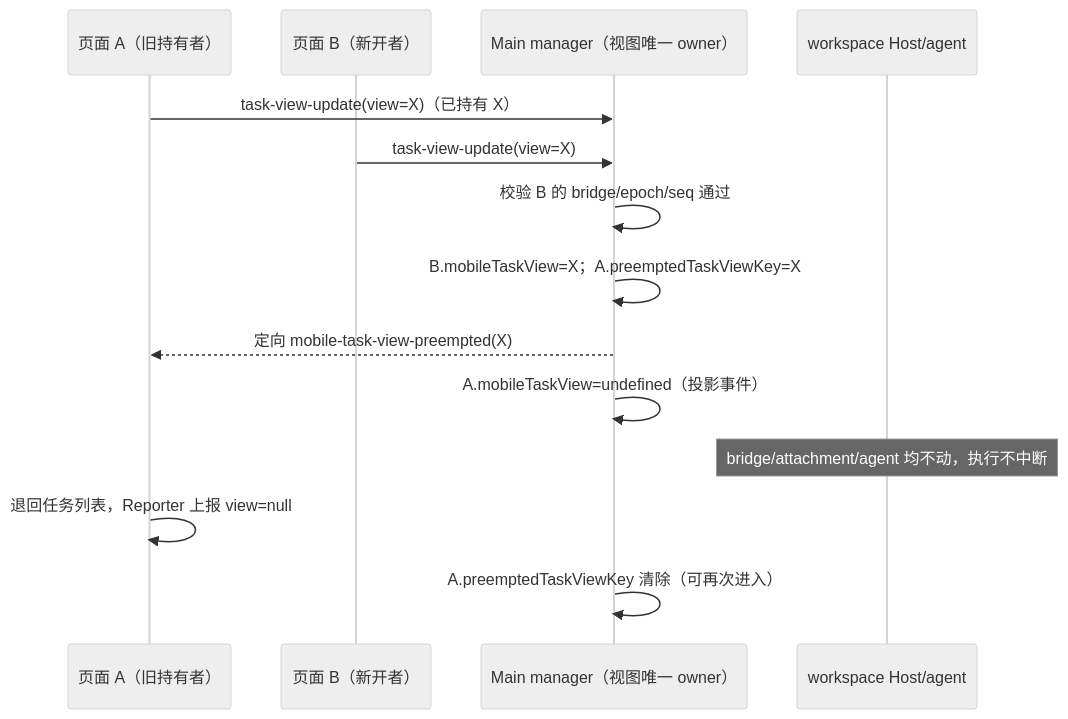
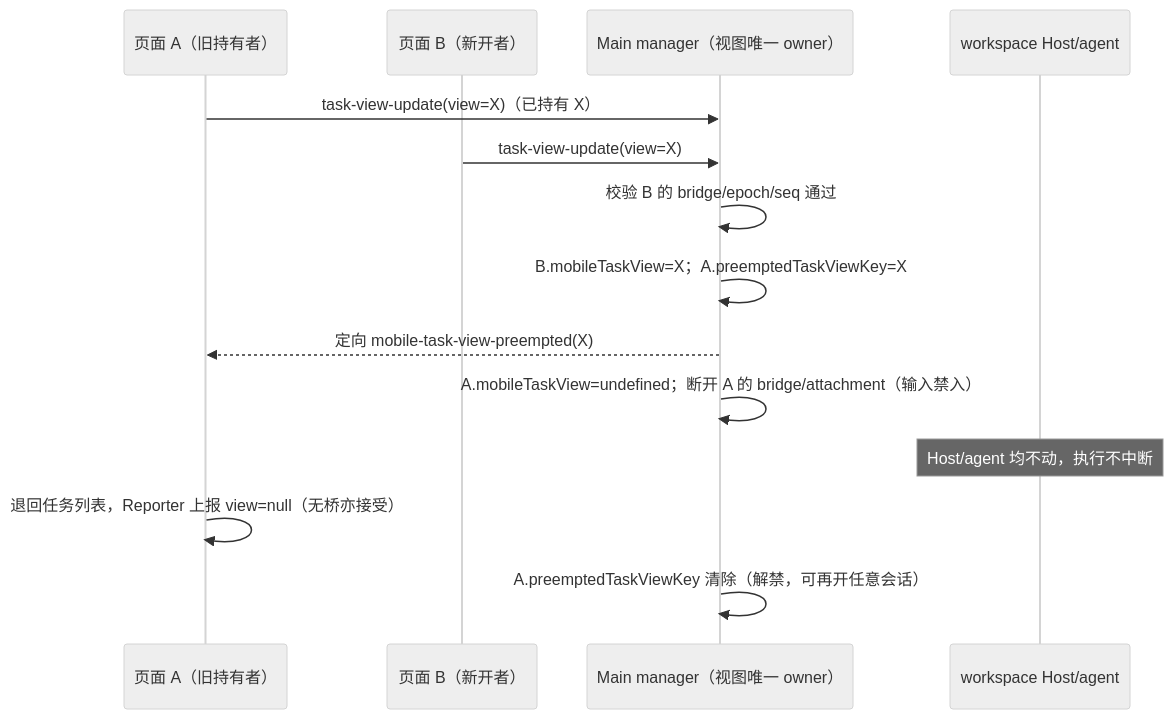
Before and after one commit to liangkw16/ZCode: the second of 2 diagrams in docs/superpowers/specs/2026-10-21-multi-terminal-web-remote-control-design.md, drawn with Mermaid (neutral theme). The commit also changed other lines of this file and 2 other files, not shown here.

First line of the commit message:
feat(remote): enforce input ban for preempted terminals

````diff
--- a/docs/superpowers/specs/2026-10-21-multi-terminal-web-remote-control-design.md
+++ b/docs/superpowers/specs/2026-10-21-multi-terminal-web-remote-control-design.md
@@ -543,17 +557,17 @@
 ```mermaid
 sequenceDiagram
     participant A as 页面 A（旧持有者）
     participant B as 页面 B（新开者）
     participant M as Main manager（视图唯一 owner）
     participant H as workspace Host/agent
 
     A->>M: task-view-update(view=X)（已持有 X）
     B->>M: task-view-update(view=X)
     M->>M: 校验 B 的 bridge/epoch/seq 通过
     M->>M: B.mobileTaskView=X；A.preemptedTaskViewKey=X
     M-->>A: 定向 mobile-task-view-preempted(X)
-    M->>M: A.mobileTaskView=undefined（投影事件）
-    Note over H: bridge/attachment/agent 均不动，执行不中断
-    A->>A: 退回任务列表，Reporter 上报 view=null
-    M->>M: A.preemptedTaskViewKey 清除（可再次进入）
+    M->>M: A.mobileTaskView=undefined；断开 A 的 bridge/attachment（输入禁入）
+    Note over H: Host/agent 均不动，执行不中断
+    A->>A: 退回任务列表，Reporter 上报 view=null（无桥亦接受）
+    M->>M: A.preemptedTaskViewKey 清除（解禁，可再开任意会话）
 ```
````
